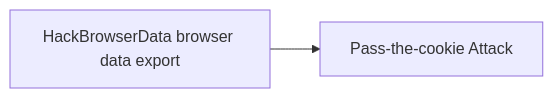
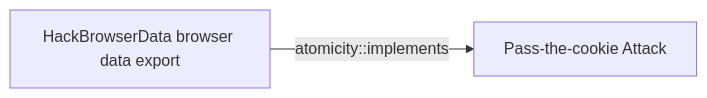
One commit to opentidehq/library changed the diagram in docs/threats/hackbrowserdata-browser-data-export.md. Above: the diagram before and after it, drawn with Mermaid. The commit also changed other lines of this file and 277 other files, not shown here.

````diff
--- a/docs/threats/hackbrowserdata-browser-data-export.md
+++ b/docs/threats/hackbrowserdata-browser-data-export.md
@@ -42,6 +73,6 @@
 ```mermaid
 flowchart LR
 ba88c4a0_bf3b_46cb_b022_050ae22abce8["HackBrowserData browser data export"]
 b0d6bf74_b204_4a48_9509_4499ed795771["Pass-the-cookie Attack"]
-ba88c4a0_bf3b_46cb_b022_050ae22abce8 --> b0d6bf74_b204_4a48_9509_4499ed795771
+ba88c4a0_bf3b_46cb_b022_050ae22abce8 -->|atomicity::implements| b0d6bf74_b204_4a48_9509_4499ed795771
 ```
````
